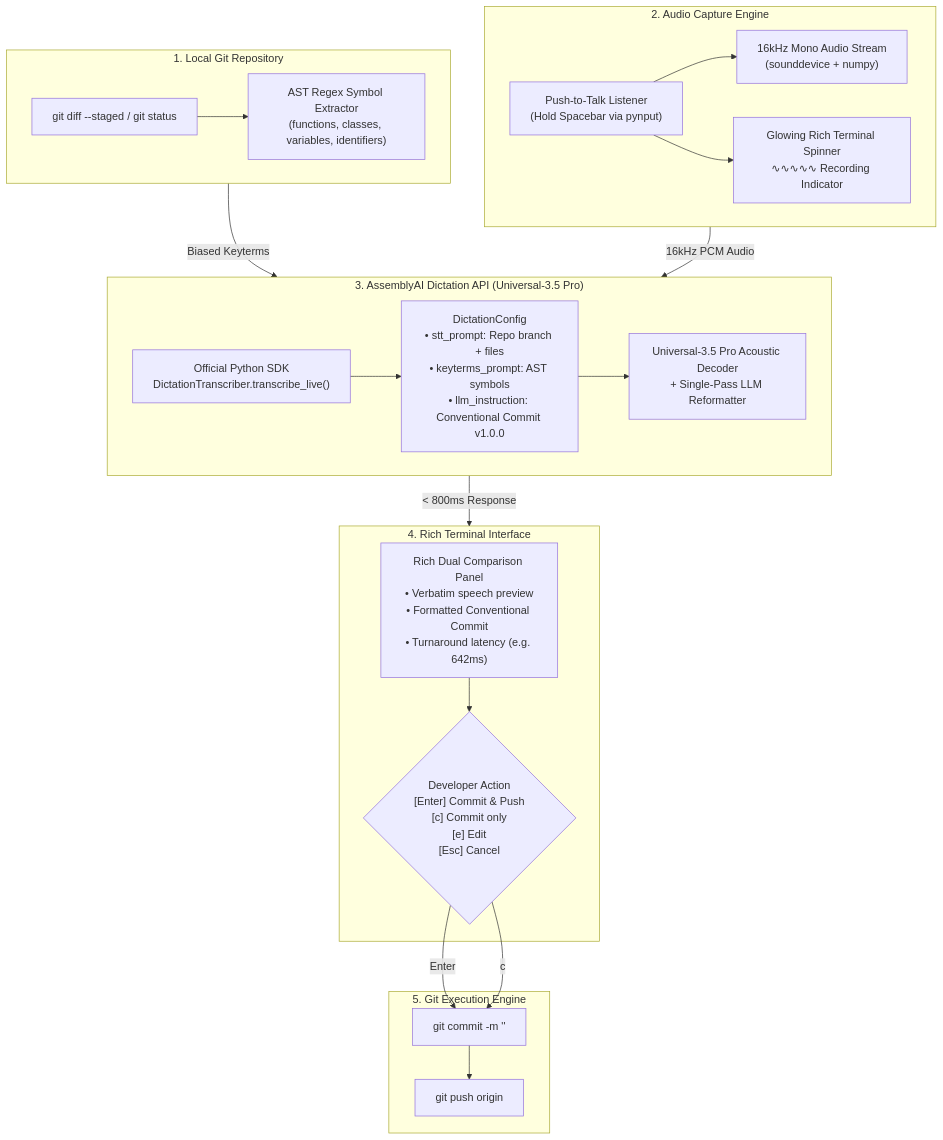
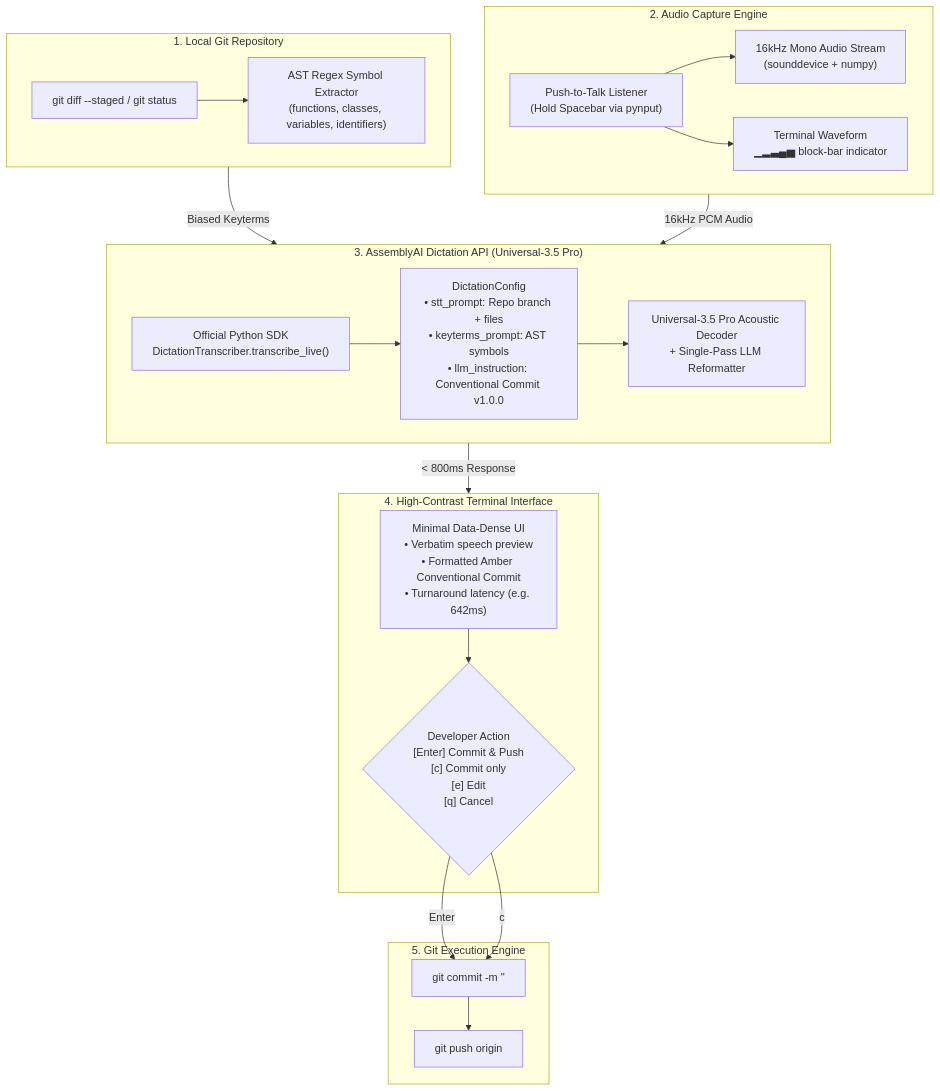
The diagram in README.md (toufiqfarhan0/ovio), drawn with Mermaid before and after one commit. The commit also changed other lines of this file and 9 other files, not shown here.

````diff
--- a/README.md
+++ b/README.md
@@ -42,40 +42,40 @@
 ```mermaid
 flowchart TD
     subgraph Local["1. Local Git Repository"]
         Diff["git diff --staged / git status"]
         AST["AST Regex Symbol Extractor<br/>(functions, classes, variables, identifiers)"]
         Diff --> AST
     end
 
     subgraph Audio["2. Audio Capture Engine"]
         PTT["Push-to-Talk Listener<br/>(Hold Spacebar via pynput)"]
         Mic["16kHz Mono Audio Stream<br/>(sounddevice + numpy)"]
-        Spinner["Glowing Rich Terminal Spinner<br/>∿∿∿∿∿ Recording Indicator"]
+        Spinner["Terminal Waveform<br/>▁▂▃▄▅ block-bar indicator"]
         PTT --> Mic
         PTT --> Spinner
     end
 
     subgraph AssemblyAI["3. AssemblyAI Dictation API (Universal-3.5 Pro)"]
         SDK["Official Python SDK<br/>DictationTranscriber.transcribe_live()"]
         Config["DictationConfig<br/>• stt_prompt: Repo branch + files<br/>• keyterms_prompt: AST symbols<br/>• llm_instruction: Conventional Commit v1.0.0"]
         Model["Universal-3.5 Pro Acoustic Decoder<br/>+ Single-Pass LLM Reformatter"]
         SDK --> Config --> Model
     end
 
-    subgraph Terminal["4. Rich Terminal Interface"]
-        UI["Rich Dual Comparison Panel<br/>• Verbatim speech preview<br/>• Formatted Conventional Commit<br/>• Turnaround latency (e.g. 642ms)"]
-        Prompt{"Developer Action<br/>[Enter] Commit & Push<br/>[c] Commit only<br/>[e] Edit<br/>[Esc] Cancel"}
+    subgraph Terminal["4. High-Contrast Terminal Interface"]
+        UI["Minimal Data-Dense UI<br/>• Verbatim speech preview<br/>• Formatted Amber Conventional Commit<br/>• Turnaround latency (e.g. 642ms)"]
+        Prompt{"Developer Action<br/>[Enter] Commit & Push<br/>[c] Commit only<br/>[e] Edit<br/>[q] Cancel"}
         UI --> Prompt
     end
 
     subgraph Git["5. Git Execution Engine"]
         Commit["git commit -m '<commit>'"]
         Push["git push origin <branch>"]
         Prompt -->|Enter| Commit --> Push
         Prompt -->|c| Commit
     end
 
     Local -->|Biased Keyterms| AssemblyAI
     Audio -->|16kHz PCM Audio| AssemblyAI
     AssemblyAI -->|< 800ms Response| Terminal
 ```
````
